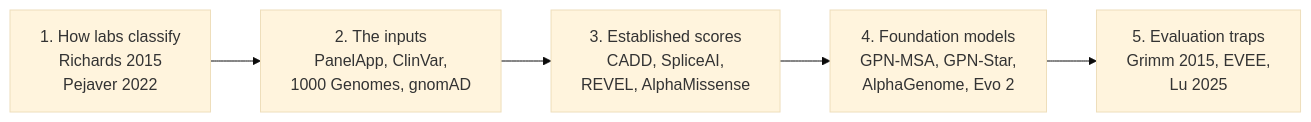
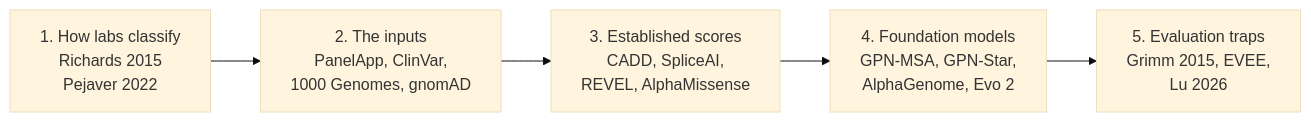
One commit to rewire-bio/amp-2026-studies changed diagram 16 of 16 in GUIDE.md. Above: the diagram before and after it, drawn with Mermaid (base theme). The commit also changed other lines of this file and 1 other file, not shown here.

````diff
--- a/GUIDE.md
+++ b/GUIDE.md
@@ -317,7 +358,7 @@
 ```mermaid
 flowchart LR
     A["1. How labs classify<br/>Richards 2015<br/>Pejaver 2022"] --> B["2. The inputs<br/>PanelApp, ClinVar,<br/>1000 Genomes, gnomAD"]
     B --> C["3. Established scores<br/>CADD, SpliceAI,<br/>REVEL, AlphaMissense"]
     C --> D["4. Foundation models<br/>GPN-MSA, GPN-Star,<br/>AlphaGenome, Evo 2"]
-    D --> E["5. Evaluation traps<br/>Grimm 2015, EVEE,<br/>Lu 2025"]
+    D --> E["5. Evaluation traps<br/>Grimm 2015, EVEE,<br/>Lu 2026"]
 ```
````
